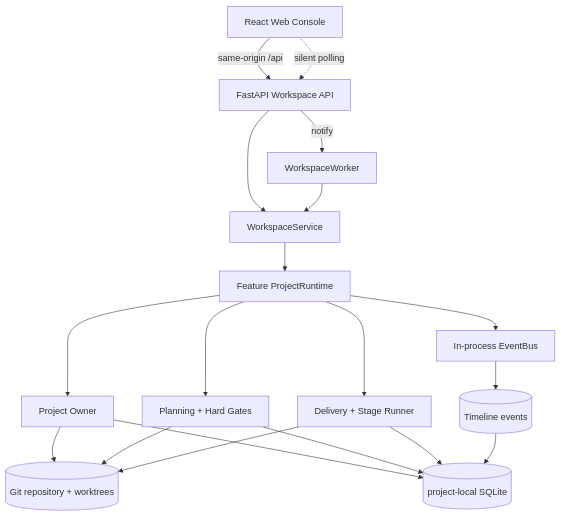
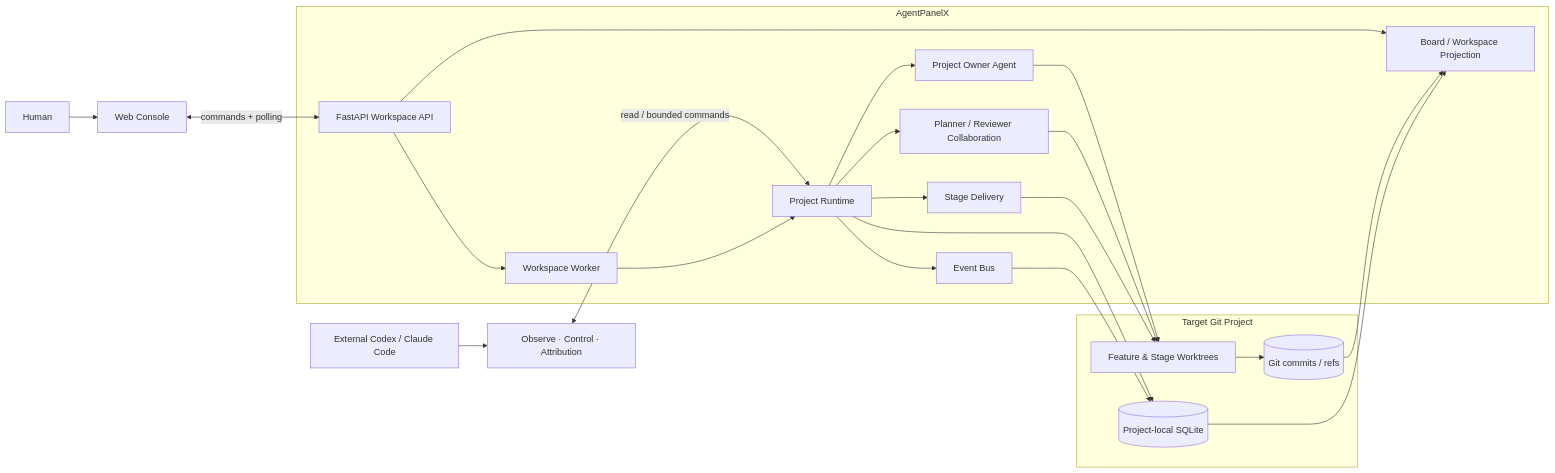
One commit to aowo-1345/AgentPanelX changed the first of 10 diagrams in docs/architecture.md. Above: the diagram before and after it, drawn with Mermaid. The commit also changed other lines of this file and 13 other files, not shown here.

Commit message:
feat: publish the runtime-backed project console

````diff
--- a/docs/architecture.md
+++ b/docs/architecture.md
@@ -7,34 +16,44 @@
 ```mermaid
-flowchart TB
-    Browser[React Web Console]
-    API[FastAPI Workspace API]
-    Workspace[WorkspaceService]
-    Worker[WorkspaceWorker]
-    Runtime[Feature ProjectRuntime]
-    Owner[Project Owner]
-    Planning[Planning + Hard Gates]
-    Delivery[Delivery + Stage Runner]
-    Bus[In-process EventBus]
-    Git[(Git repository + worktrees)]
-    DB[(project-local SQLite)]
-    Timeline[(Timeline events)]
+flowchart LR
+    Human[Human]
+    Browser[Web Console]
+    External[External Codex / Claude Code]
+    Skills[Observe · Control · Attribution]
 
-    Browser -->|same-origin /api| API
-    Browser -.->|silent polling| API
-    API --> Workspace
-    API -->|notify| Worker
-    Worker --> Workspace
-    Workspace --> Runtime
+    subgraph APX[AgentPanelX]
+        API[FastAPI Workspace API]
+        Worker[Workspace Worker]
+        Runtime[Project Runtime]
+        Owner[Project Owner Agent]
+        Collaboration[Planner / Reviewer Collaboration]
+        Delivery[Stage Delivery]
+        Projection[Board / Workspace Projection]
+        Bus[Event Bus]
+    end
+
+    subgraph Project[Target Git Project]
+        Worktrees[Feature & Stage Worktrees]
+        Git[(Git commits / refs)]
+        SQLite[(Project-local SQLite)]
+    end
+
+    Human --> Browser
+    Browser <-->|commands + polling| API
+    External --> Skills
+    Skills <-->|read / bounded commands| Runtime
+    API --> Worker
+    API --> Projection
+    Worker --> Runtime
     Runtime --> Owner
-    Runtime --> Planning
+    Runtime --> Collaboration
     Runtime --> Delivery
-    Owner --> Git
-    Planning --> Git
-    Delivery --> Git
-    Owner --> DB
-    Planning --> DB
-    Delivery --> DB
+    Owner --> Worktrees
+    Collaboration --> Worktrees
+    Delivery --> Worktrees
+    Worktrees --> Git
+    Runtime --> SQLite
     Runtime --> Bus
-    Bus --> Timeline
-    Timeline --> DB
+    Bus --> SQLite
+    Git --> Projection
+    SQLite --> Projection
 ```
````
